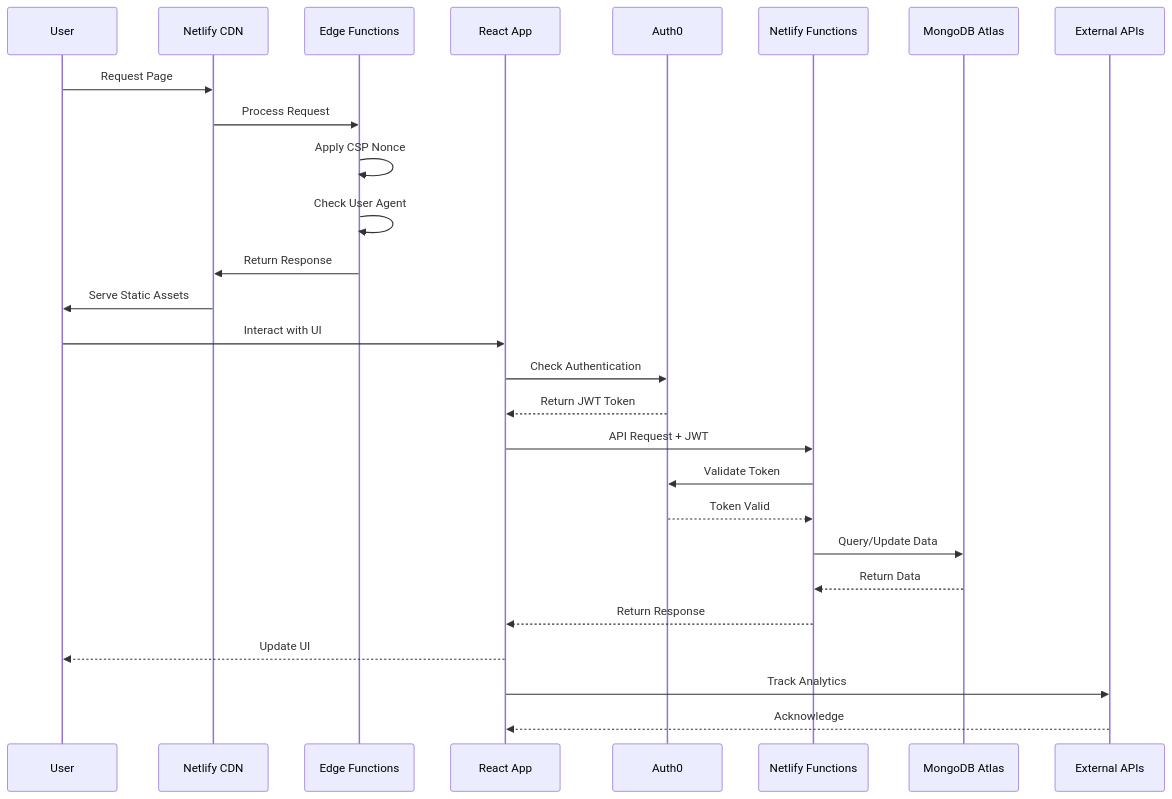
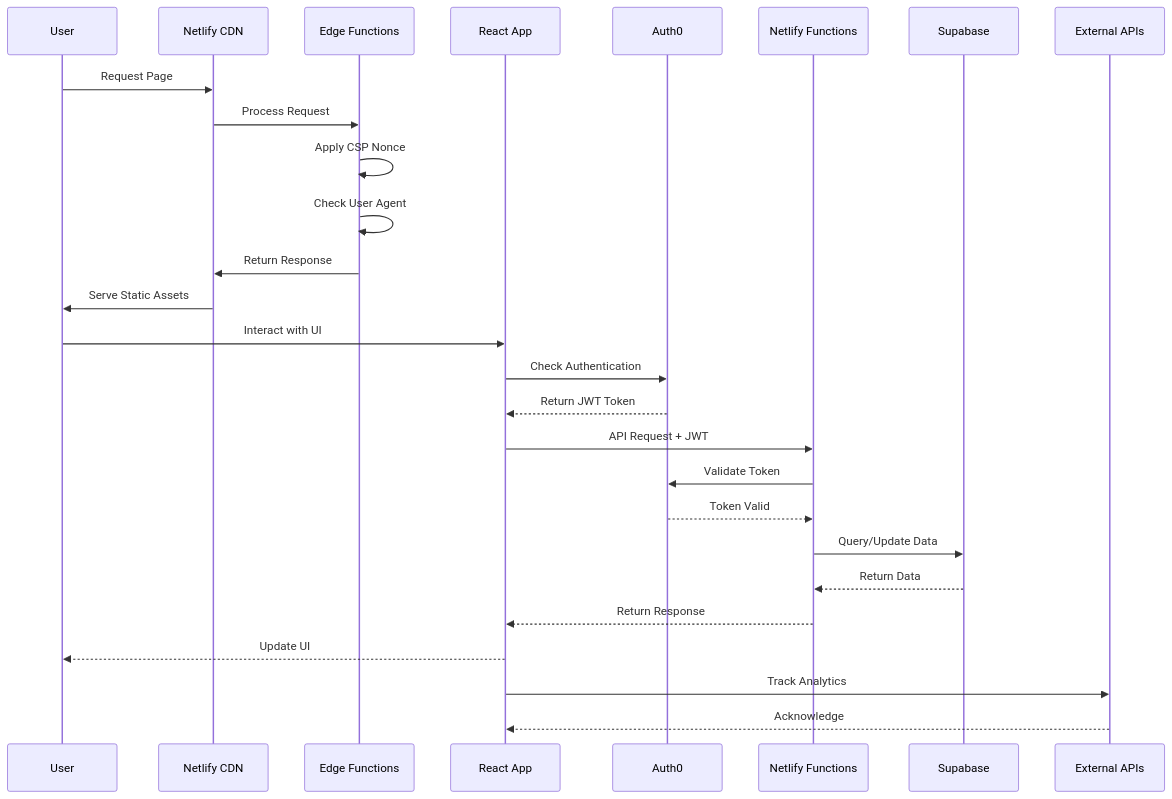
Before and after one commit to dobeutech/digital-wharf-dynamics: the second of 19 diagrams in docs/SYSTEM_ARCHITECTURE.md, drawn with Mermaid. The commit also changed other lines of this file and 18 other files, not shown here.

First line of the commit message:
refactor: remove MongoDB, fix Typeform lightbox, configure Auth0/Supabase

````diff
--- a/docs/SYSTEM_ARCHITECTURE.md
+++ b/docs/SYSTEM_ARCHITECTURE.md
@@ -109,33 +107,33 @@
 ```mermaid
 sequenceDiagram
     participant User
     participant CDN as Netlify CDN
     participant Edge as Edge Functions
     participant App as React App
     participant Auth as Auth0
     participant Fn as Netlify Functions
-    participant DB as MongoDB Atlas
+    participant DB as Supabase
     participant Ext as External APIs
 
     User->>CDN: Request Page
     CDN->>Edge: Process Request
     Edge->>Edge: Apply CSP Nonce
     Edge->>Edge: Check User Agent
     Edge->>CDN: Return Response
     CDN->>User: Serve Static Assets
 
     User->>App: Interact with UI
     App->>Auth: Check Authentication
     Auth-->>App: Return JWT Token
 
     App->>Fn: API Request + JWT
     Fn->>Auth: Validate Token
     Auth-->>Fn: Token Valid
     Fn->>DB: Query/Update Data
     DB-->>Fn: Return Data
     Fn-->>App: Return Response
     App-->>User: Update UI
 
     App->>Ext: Track Analytics
     Ext-->>App: Acknowledge
 ```
````
